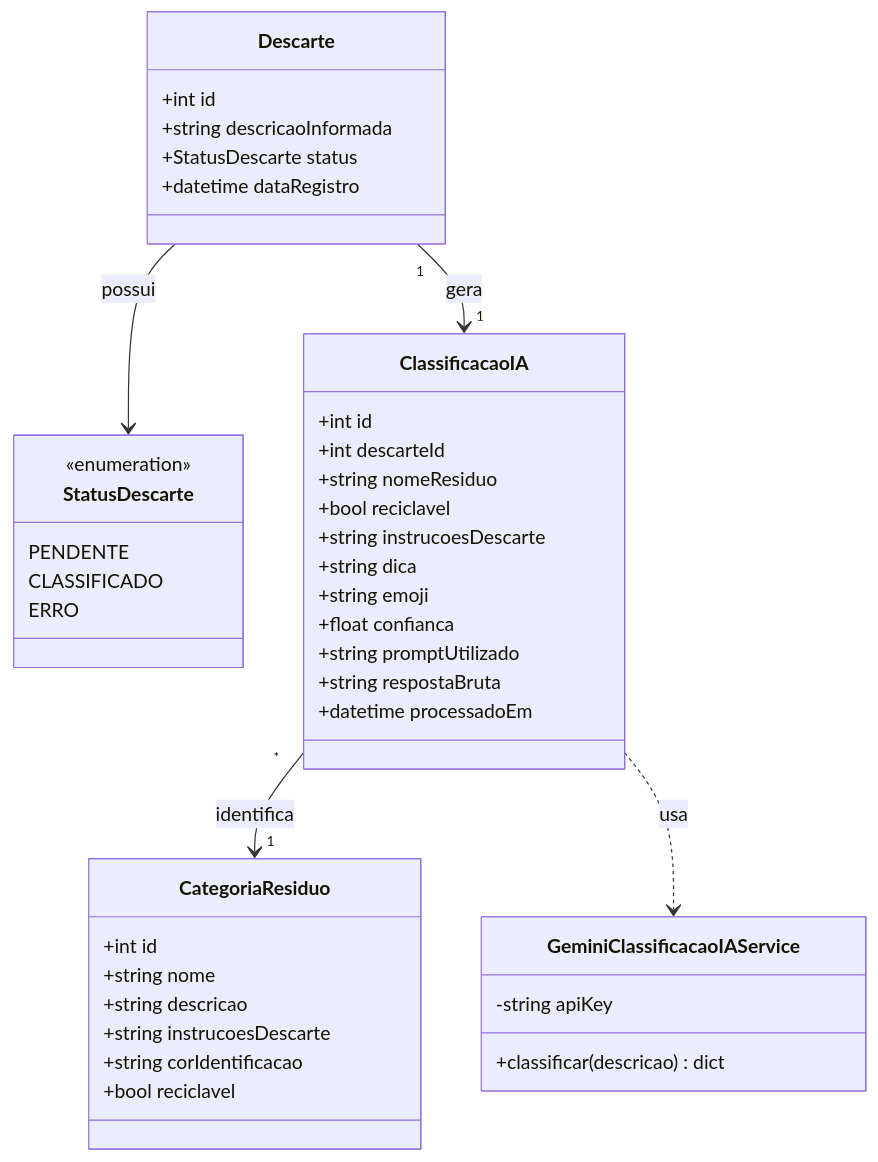
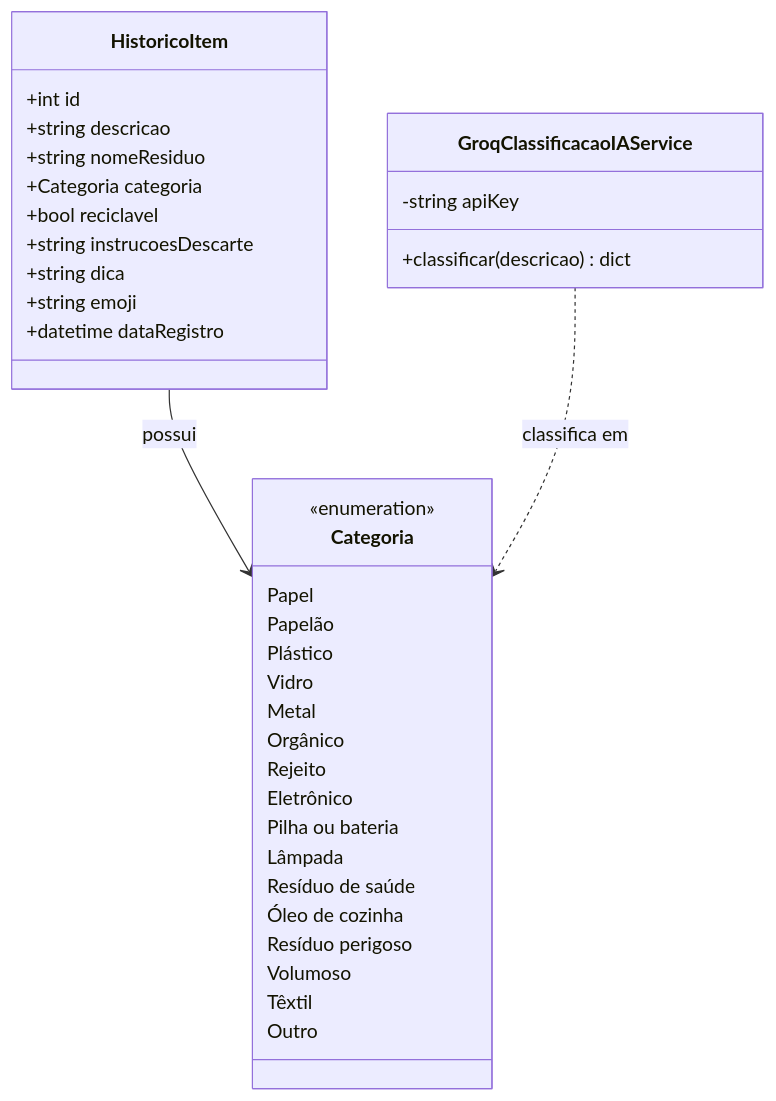
Before and after one commit to gabrielroliveira98-cell/App-DescarteIA: the diagram in docs/diagrama-classes.md, drawn with Mermaid. The commit also changed other lines of this file and 12 other files, not shown here.

Commit message:
Atualiza os diagramas (C4, classes, banco, casos de uso, sequencia) pra bater com o backend novo

````diff
--- a/docs/diagrama-classes.md
+++ b/docs/diagrama-classes.md
@@ -5,49 +5,42 @@
 ```mermaid
 classDiagram
-    class Descarte {
+    class HistoricoItem {
         +int id
-        +string descricaoInformada
-        +StatusDescarte status
-        +datetime dataRegistro
-    }
-
-    class StatusDescarte {
-        <<enumeration>>
-        PENDENTE
-        CLASSIFICADO
-        ERRO
-    }
-
-    class ClassificacaoIA {
-        +int id
-        +int descarteId
+        +string descricao
         +string nomeResiduo
+        +Categoria categoria
         +bool reciclavel
         +string instrucoesDescarte
         +string dica
         +string emoji
-        +float confianca
-        +string promptUtilizado
-        +string respostaBruta
-        +datetime processadoEm
+        +datetime dataRegistro
     }
 
-    class CategoriaResiduo {
-        +int id
-        +string nome
-        +string descricao
-        +string instrucoesDescarte
-        +string corIdentificacao
-        +bool reciclavel
+    class Categoria {
+        <<enumeration>>
+        Papel
+        Papelão
+        Plástico
+        Vidro
+        Metal
+        Orgânico
+        Rejeito
+        Eletrônico
+        Pilha ou bateria
+        Lâmpada
+        Resíduo de saúde
+        Óleo de cozinha
+        Resíduo perigoso
+        Volumoso
+        Têxtil
+        Outro
     }
 
-    class GeminiClassificacaoIAService {
+    class GroqClassificacaoIAService {
         -string apiKey
         +classificar(descricao) dict
     }
 
-    Descarte "1" --> "1" ClassificacaoIA : gera
-    ClassificacaoIA "*" --> "1" CategoriaResiduo : identifica
-    ClassificacaoIA ..> GeminiClassificacaoIAService : usa
-    Descarte --> StatusDescarte : possui
+    HistoricoItem --> Categoria : possui
+    GroqClassificacaoIAService ..> Categoria : classifica em
 ```
````
